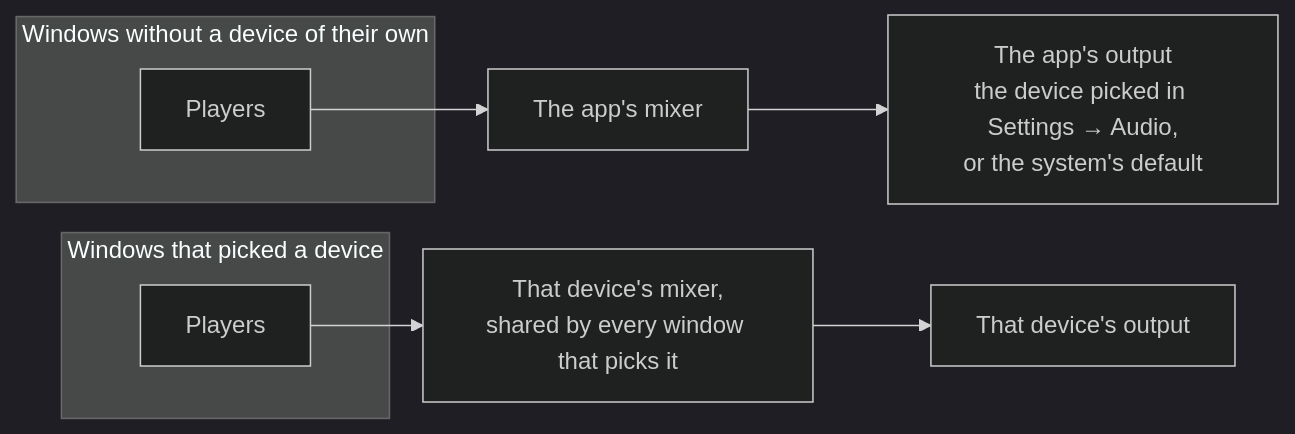
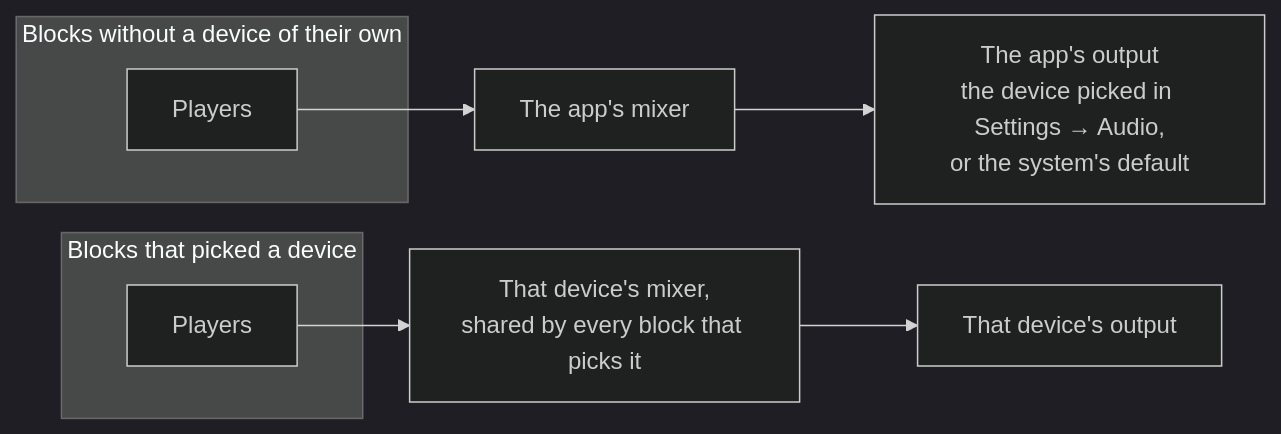
The third of 6 diagrams in ARCHITECTURE.md (velocityzen/Plays), drawn with Mermaid (dark theme) before and after one commit. The commit also changed other lines of this file and 28 other files, not shown here.

````diff
--- a/ARCHITECTURE.md
+++ b/ARCHITECTURE.md
@@ -232,11 +232,11 @@
 ```mermaid
 flowchart LR
-    subgraph appwindows ["Windows without a device of their own"]
+    subgraph appblocks ["Blocks without a device of their own"]
         p1["Players"]
     end
-    subgraph ownwindows ["Windows that picked a device"]
+    subgraph ownblocks ["Blocks that picked a device"]
         p2["Players"]
     end
     p1 --> m1["The app's mixer"] --> o1["The app's output<br/>the device picked in Settings → Audio,<br/>or the system's default"]
-    p2 --> m2["That device's mixer,<br/>shared by every window that picks it"] --> o2["That device's output"]
+    p2 --> m2["That device's mixer,<br/>shared by every block that picks it"] --> o2["That device's output"]
 ```
````
